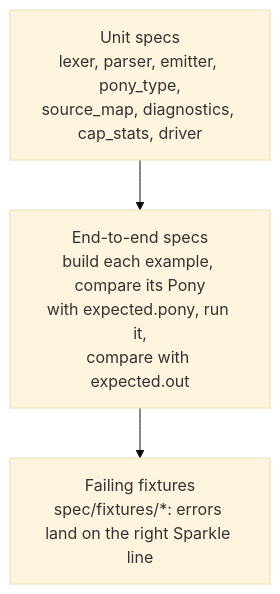
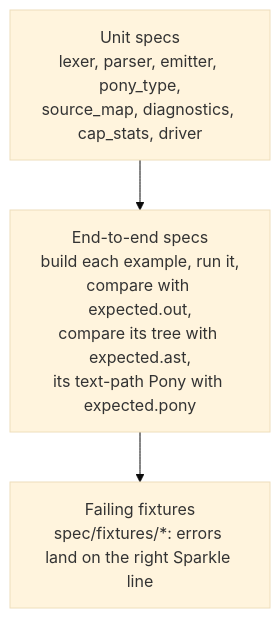
The first of 2 diagrams in DEVELOPMENT.md (nogginly/sparkle), drawn with Mermaid (base theme) before and after one commit. The commit also changed other lines of this file and 16 other files, not shown here.

First line of the commit message:
Make the AST path the default build

````diff
--- a/DEVELOPMENT.md
+++ b/DEVELOPMENT.md
@@ -107,5 +107,5 @@
 ```mermaid
 flowchart TD
-    U["Unit specs<br/>lexer, parser, emitter, pony_type,<br/>source_map, diagnostics, cap_stats, driver"] --> E["End-to-end specs<br/>build each example, compare its Pony<br/>with expected.pony, run it,<br/>compare with expected.out"]
+    U["Unit specs<br/>lexer, parser, emitter, pony_type,<br/>source_map, diagnostics, cap_stats, driver"] --> E["End-to-end specs<br/>build each example, run it,<br/>compare with expected.out,<br/>compare its tree with expected.ast,<br/>its text-path Pony with expected.pony"]
     E --> F["Failing fixtures<br/>spec/fixtures/*: errors land on the right Sparkle line"]
 ```
````
